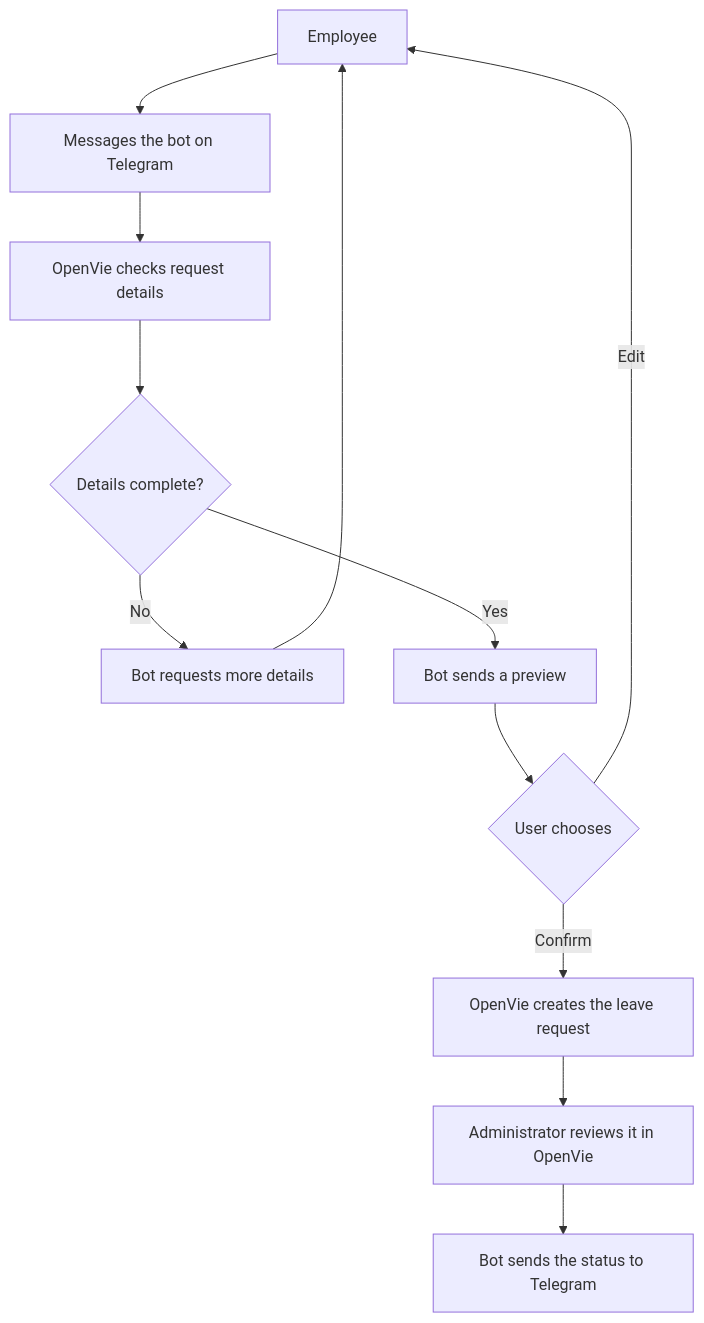
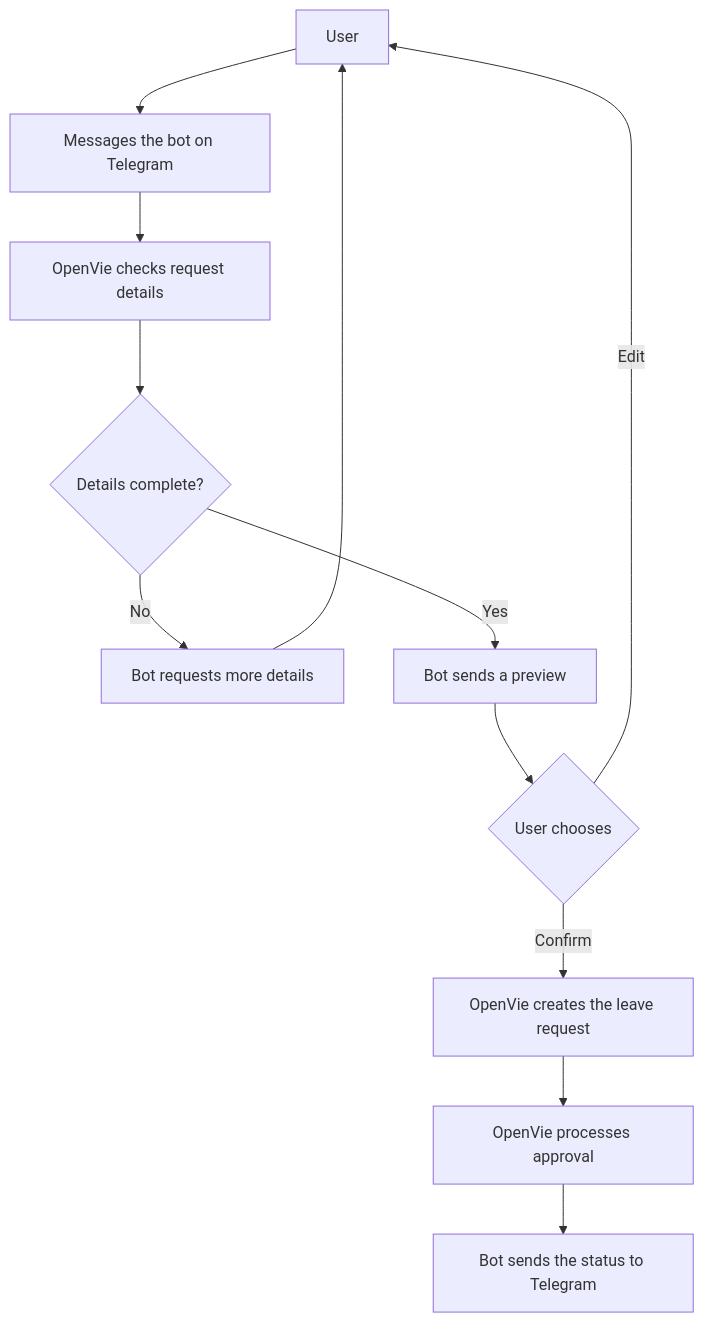
Before and after one commit to OpenVie/openvie-telegram-leave-bot: the second of 2 diagrams in README.md, drawn with Mermaid. The commit also changed other lines of this file, not shown here.

Commit message:
docs: simplify user guide

````diff
--- a/README.md
+++ b/README.md
@@ -194,14 +183,14 @@
 ```mermaid
 flowchart TD
-    employee[Employee] --> telegram[Messages the bot on Telegram]
+    user[User] --> telegram[Messages the bot on Telegram]
     telegram --> chat[OpenVie checks request details]
     chat --> complete{Details complete?}
     complete -- No --> ask[Bot requests more details]
-    ask --> employee
+    ask --> user
     complete -- Yes --> preview[Bot sends a preview]
     preview --> choice{User chooses}
-    choice -- Edit --> employee
+    choice -- Edit --> user
     choice -- Confirm --> request[OpenVie creates the leave request]
-    request --> approval[Administrator reviews it in OpenVie]
+    request --> approval[OpenVie processes approval]
     approval --> notification[Bot sends the status to Telegram]
 ```
````
